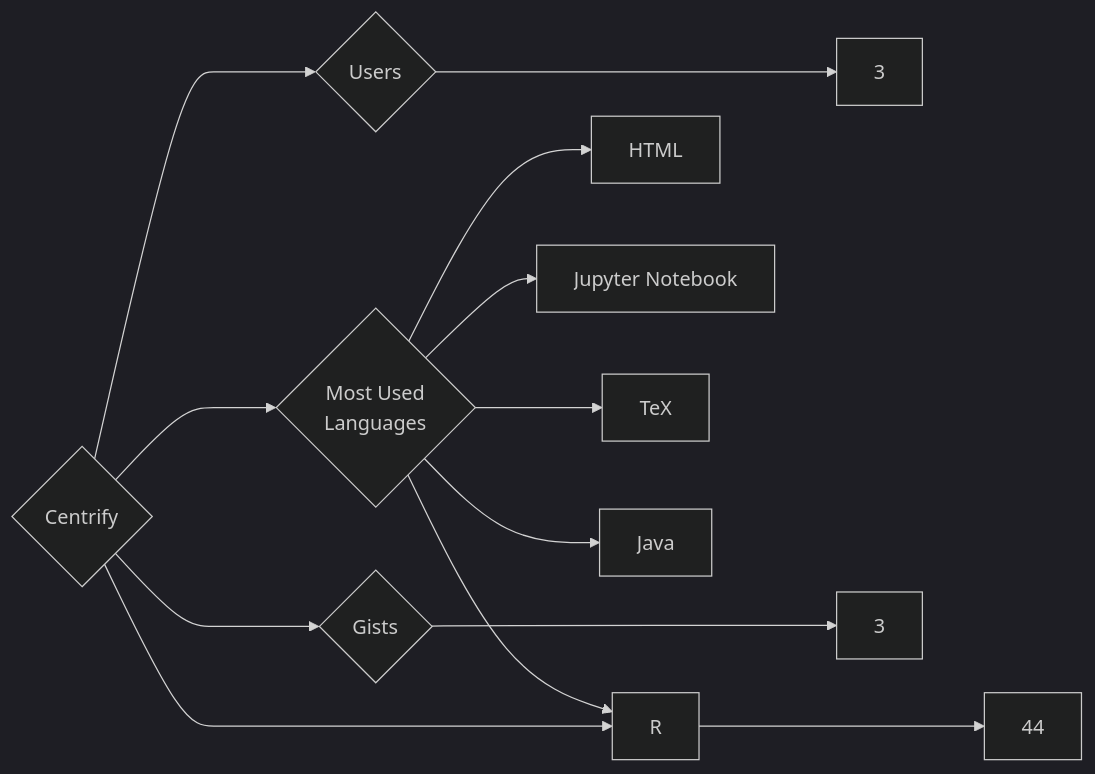
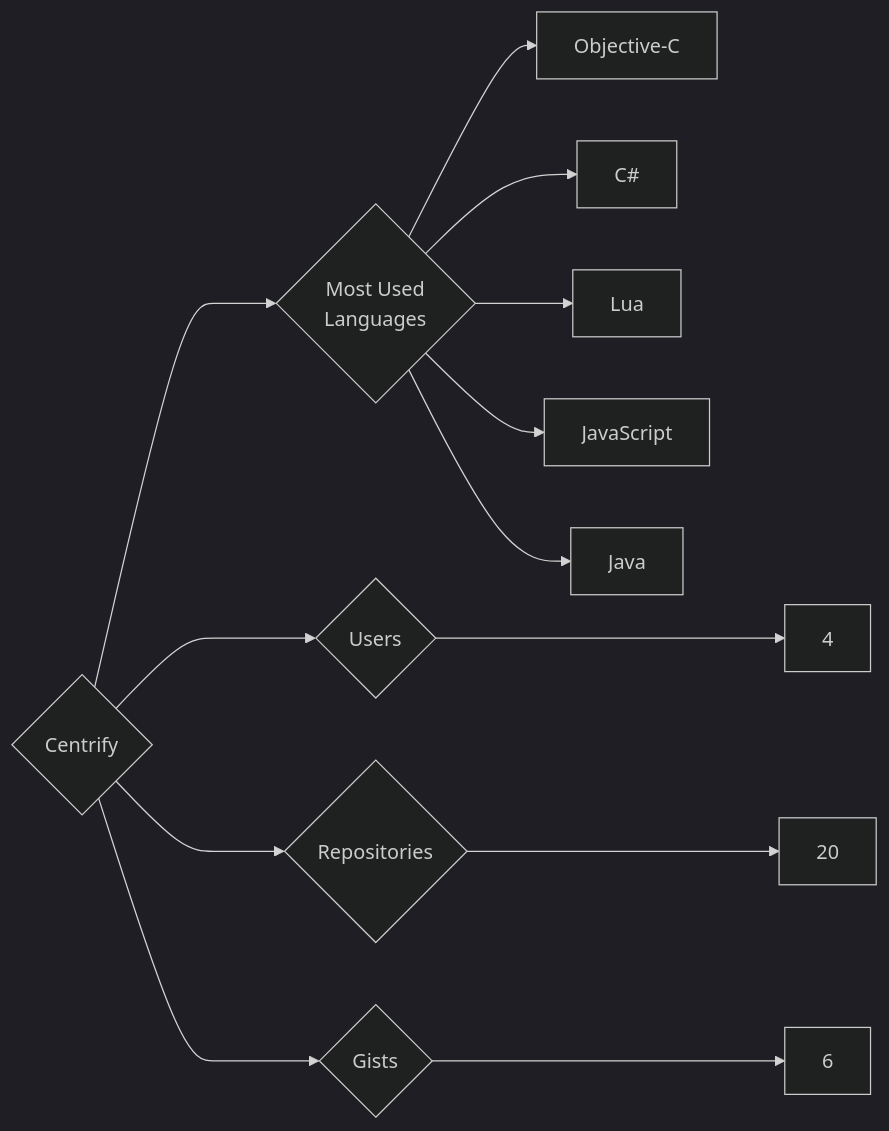
The diagram in targets/Centrify/README.md (trickest/insiders), drawn with Mermaid (dark theme) before and after one commit. The commit also changed 914 other files, not shown here.

````diff
--- a/targets/Centrify/README.md
+++ b/targets/Centrify/README.md
@@ -3,13 +3,13 @@
 ```mermaid
 graph LR
 COMPANY_NAME{Centrify}
-COMPANY_NAME ---> U{Users} ---> UN[3]
-COMPANY_NAME ---> R{Repositories} ---> RN[44]
-COMPANY_NAME ---> G{Gists} ---> GN[3]
+COMPANY_NAME ---> U{Users} ---> UN[4]
+COMPANY_NAME ---> R{Repositories} ---> RN[20]
+COMPANY_NAME ---> G{Gists} ---> GN[6]
 COMPANY_NAME ---> ML{Most Used<br>Languages}
-ML --> HTML[HTML]
-ML --> Jupyter_Notebook[Jupyter Notebook]
-ML --> R[R]
-ML --> TeX[TeX]
+ML --> Objective-C[Objective-C]
+ML --> C#[C#]
+ML --> Lua[Lua]
+ML --> JavaScript[JavaScript]
 ML --> Java[Java]
 ```
````
